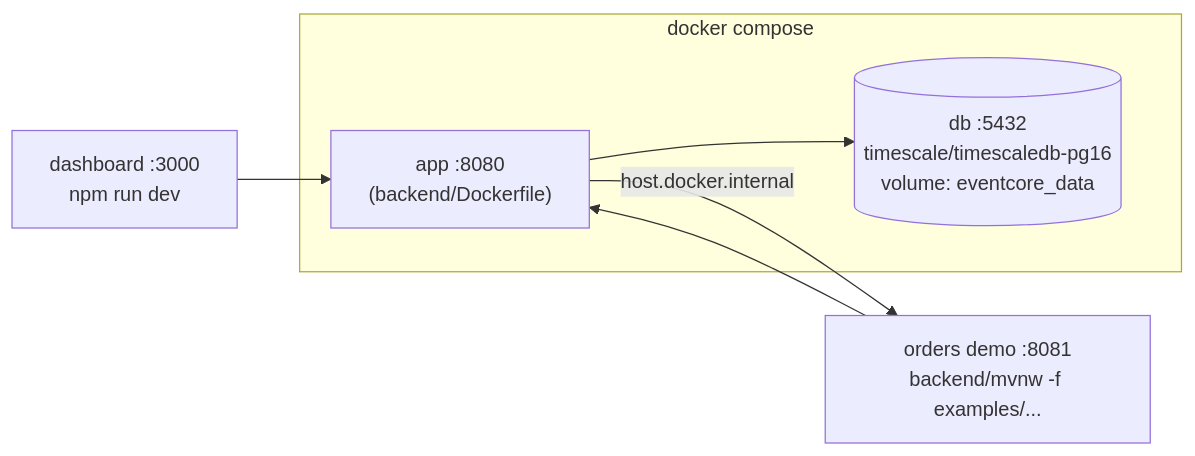
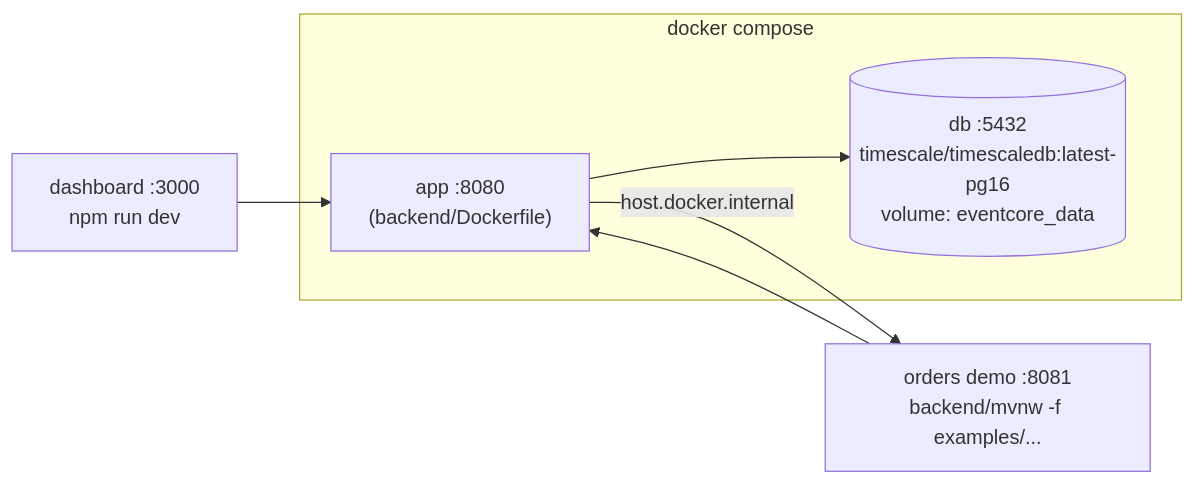
One commit to sharanggupta/eventcore changed the sixth of 6 diagrams in docs/architecture.md. Above: the diagram before and after it, drawn with Mermaid. The commit also changed other lines of this file and 10 other files, not shown here.

````diff
--- a/docs/architecture.md
+++ b/docs/architecture.md
@@ -200,11 +217,11 @@
 ```mermaid
 flowchart LR
     subgraph compose["docker compose"]
         APP["app :8080<br/>(backend/Dockerfile)"]
-        PG[("db :5432<br/>timescale/timescaledb-pg16<br/>volume: eventcore_data")]
+        PG[("db :5432<br/>timescale/timescaledb:latest-pg16<br/>volume: eventcore_data")]
         APP --> PG
     end
     DASHDEV["dashboard :3000<br/>npm run dev"] --> APP
     DEMO["orders demo :8081<br/>backend/mvnw -f examples/..."] --> APP
     APP -- "host.docker.internal" --> DEMO
 ```
````
